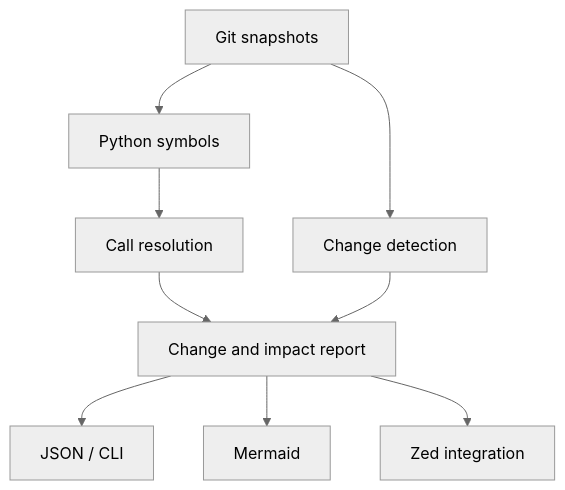
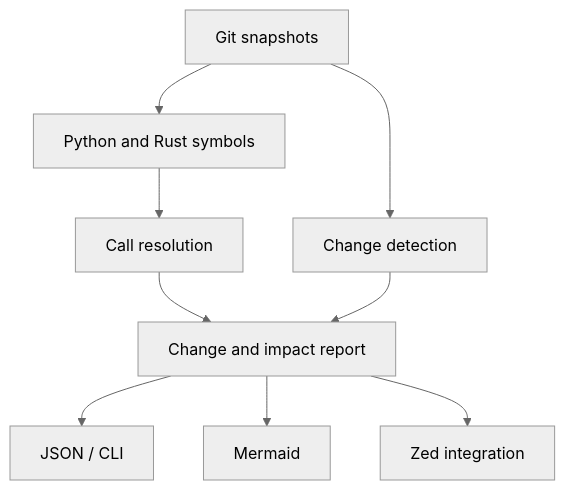
The second of 2 diagrams in README.md (ttaqinmu/dflow), drawn with Mermaid (neutral theme) before and after one commit. The commit also changed other lines of this file and 20 other files, not shown here.

````diff
--- a/README.md
+++ b/README.md
@@ -33,11 +33,11 @@
 ```mermaid
 flowchart TB
-    snapshots["Git snapshots"] --> symbols["Python symbols"]
+    snapshots["Git snapshots"] --> symbols["Python and Rust symbols"]
     symbols --> calls["Call resolution"]
     snapshots --> changes["Change detection"]
     calls --> report["Change and impact report"]
     changes --> report
     report --> json["JSON / CLI"]
     report --> diagram["Mermaid"]
     report --> zed["Zed integration"]
 ```
````
